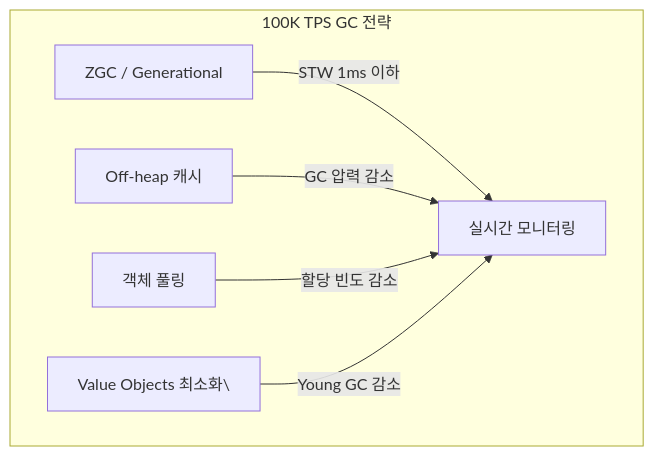
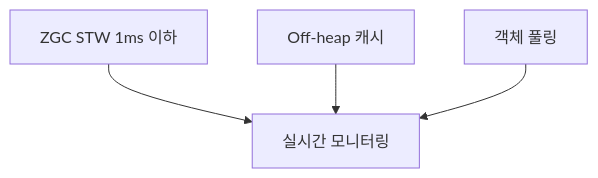
Before and after one commit to yjkim2015/yjkim2015.github.io: diagram 28 of 29 in _posts/java/2026-05-01-java-garbage-collector.md, drawn with Mermaid. The commit also changed other lines of this file and 155 other files, not shown here.

First line of the commit message:
Mermaid 전면 수정: subgraph 제거, participant/노드/줄수 축소 (342블록)

````diff
--- a/_posts/java/2026-05-01-java-garbage-collector.md
+++ b/_posts/java/2026-05-01-java-garbage-collector.md
@@ -1044,14 +1002,6 @@
 ```mermaid
 graph TD
-    subgraph "100K TPS GC 전략"
-        Z["ZGC / Generational"]
-        OH["Off-heap 캐시"]
-        OBJ["객체 풀링"]
-        VAL["Value Objects 최소화\"]
-        MON["실시간 모니터링"]
-    end
-    Z -->|"STW 1ms 이하"| MON
-    OH -->|"GC 압력 감소"| MON
-    OBJ -->|"할당 빈도 감소"| MON
-    VAL -->|"Young GC 감소"| MON
+    Z["ZGC STW 1ms 이하"] --> MON["실시간 모니터링"]
+    OH["Off-heap 캐시"] --> MON
+    OBJ["객체 풀링"] --> MON
 ```
````
